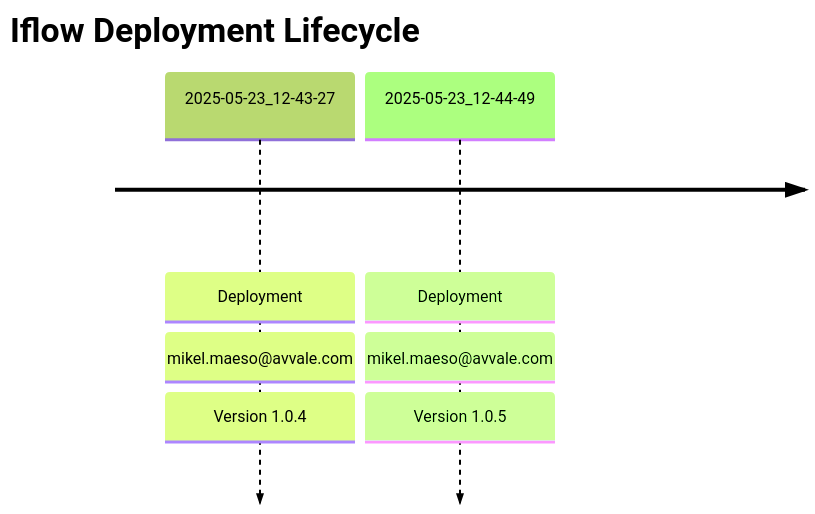
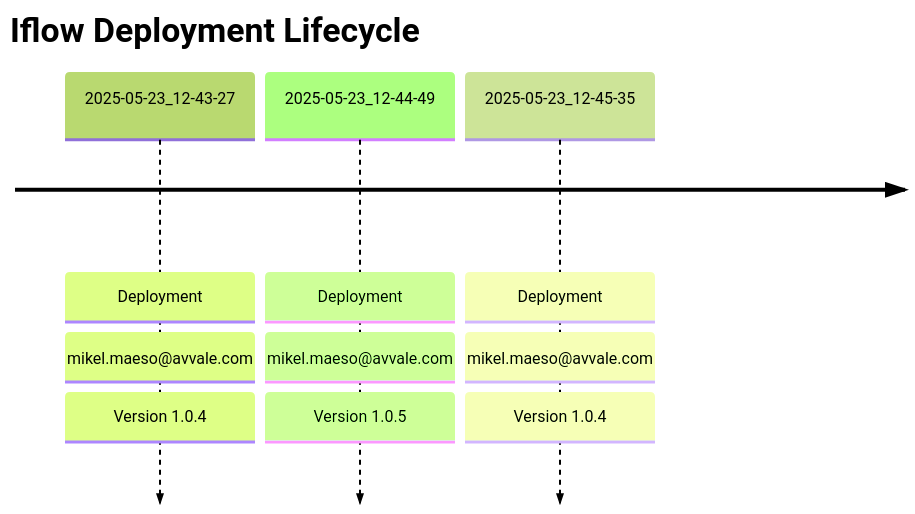
Before and after one commit to Avvale-IA-CICD/AvvaleCPI: the diagram in MMZ - Cell Iflows/Check_Connectivity_to_SAP_Business_Suite_MMZ/README.md, drawn with Mermaid.

Commit message:
docs: Update master README for MMZ - Cell Iflows/Check_Connectivity_to_SAP_Business_Suite_MMZ (v 1.0.4)

````diff
--- a/MMZ - Cell Iflows/Check_Connectivity_to_SAP_Business_Suite_MMZ/README.md
+++ b/MMZ - Cell Iflows/Check_Connectivity_to_SAP_Business_Suite_MMZ/README.md
@@ -7,7 +7,8 @@
 ```mermaid
 %%{init: { 'logLevel': 'debug', 'theme': 'forest' } }%%
 timeline
     title Iflow Deployment Lifecycle
     2025-05-23_12-43-27 : Deployment : mikel.maeso@avvale.com : Version 1.0.4
     2025-05-23_12-44-49 : Deployment : mikel.maeso@avvale.com : Version 1.0.5
+    2025-05-23_12-45-35 : Deployment : mikel.maeso@avvale.com : Version 1.0.4
 ```
````
